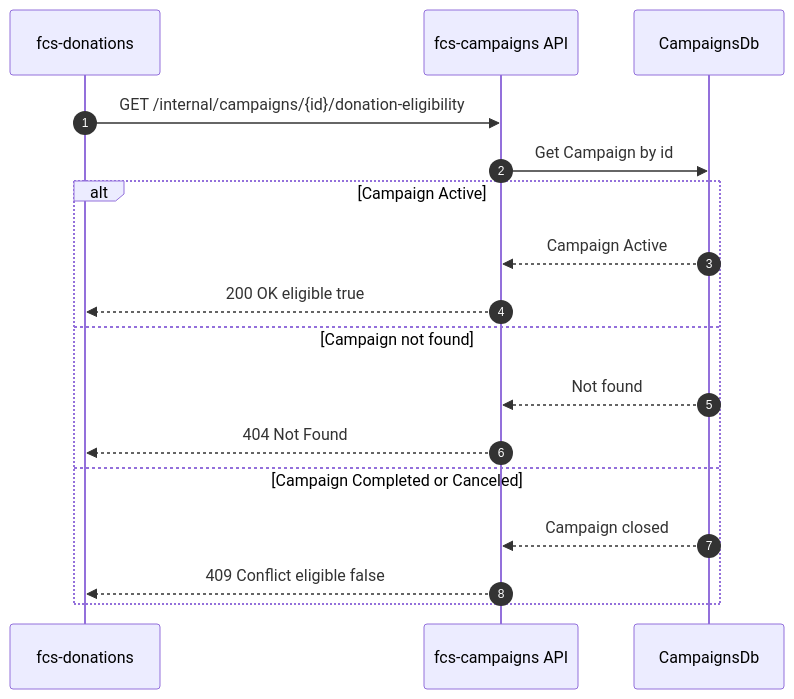
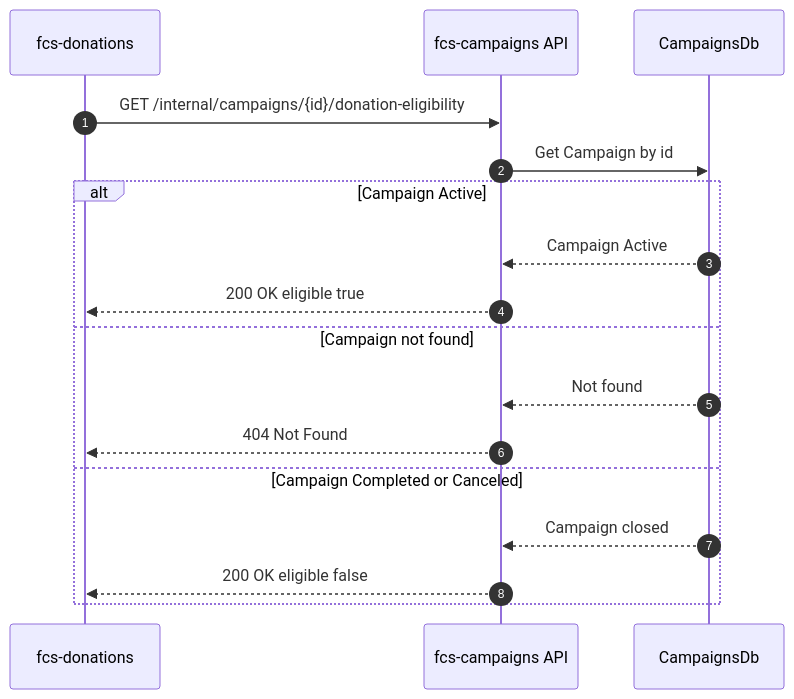
Before and after one commit to group10-tc-01/fcs-fase05-docs: diagram 18 of 30 in architecture/endpoint-flows.md, drawn with Mermaid. The commit also changed other lines of this file and 2 other files, not shown here.

````diff
--- a/architecture/endpoint-flows.md
+++ b/architecture/endpoint-flows.md
@@ -354,20 +354,20 @@
 ```mermaid
 sequenceDiagram
     autonumber
     participant DonationsApi as fcs-donations
     participant CampaignsApi as fcs-campaigns API
     participant CampaignsDb as CampaignsDb
 
     DonationsApi->>CampaignsApi: GET /internal/campaigns/{id}/donation-eligibility
     CampaignsApi->>CampaignsDb: Get Campaign by id
     alt Campaign Active
         CampaignsDb-->>CampaignsApi: Campaign Active
         CampaignsApi-->>DonationsApi: 200 OK eligible true
     else Campaign not found
         CampaignsDb-->>CampaignsApi: Not found
         CampaignsApi-->>DonationsApi: 404 Not Found
     else Campaign Completed or Canceled
         CampaignsDb-->>CampaignsApi: Campaign closed
-        CampaignsApi-->>DonationsApi: 409 Conflict eligible false
+        CampaignsApi-->>DonationsApi: 200 OK eligible false
     end
 ```
````
